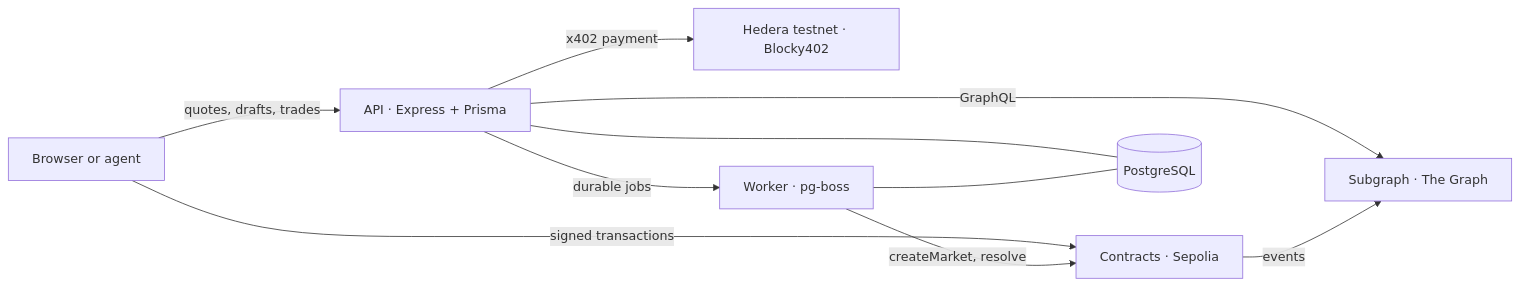
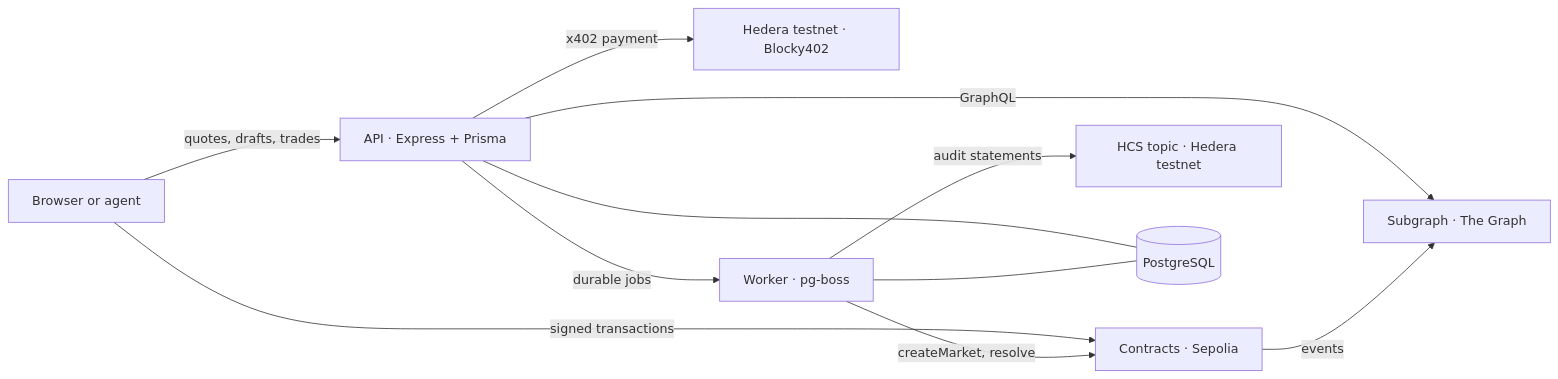
The diagram in README.md (horizon-market/horizon), drawn with Mermaid before and after one commit. The commit also changed other lines of this file and 20 other files, not shown here.

Commit message:
Hedera Audit

````diff
--- a/README.md
+++ b/README.md
@@ -59,12 +64,13 @@
 ```mermaid
 flowchart LR
   U["Browser or agent"] -->|"quotes, drafts, trades"| A["API · Express + Prisma"]
   U -->|"signed transactions"| C["Contracts · Sepolia"]
   A -->|"GraphQL"| G["Subgraph · The Graph"]
   A -->|"x402 payment"| H["Hedera testnet · Blocky402"]
+  W -->|"audit statements"| T["HCS topic · Hedera testnet"]
   A -->|"durable jobs"| W["Worker · pg-boss"]
   W -->|"createMarket, resolve"| C
   C -->|"events"| G
   A --- D[("PostgreSQL")]
   W --- D
 ```
````
